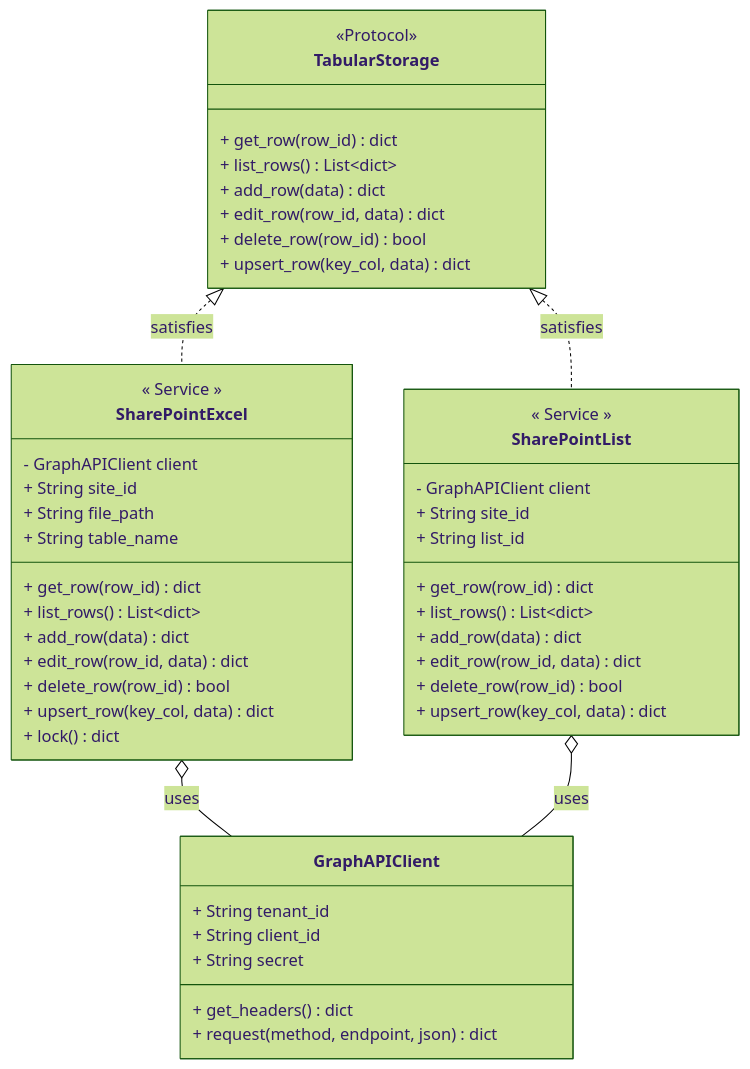
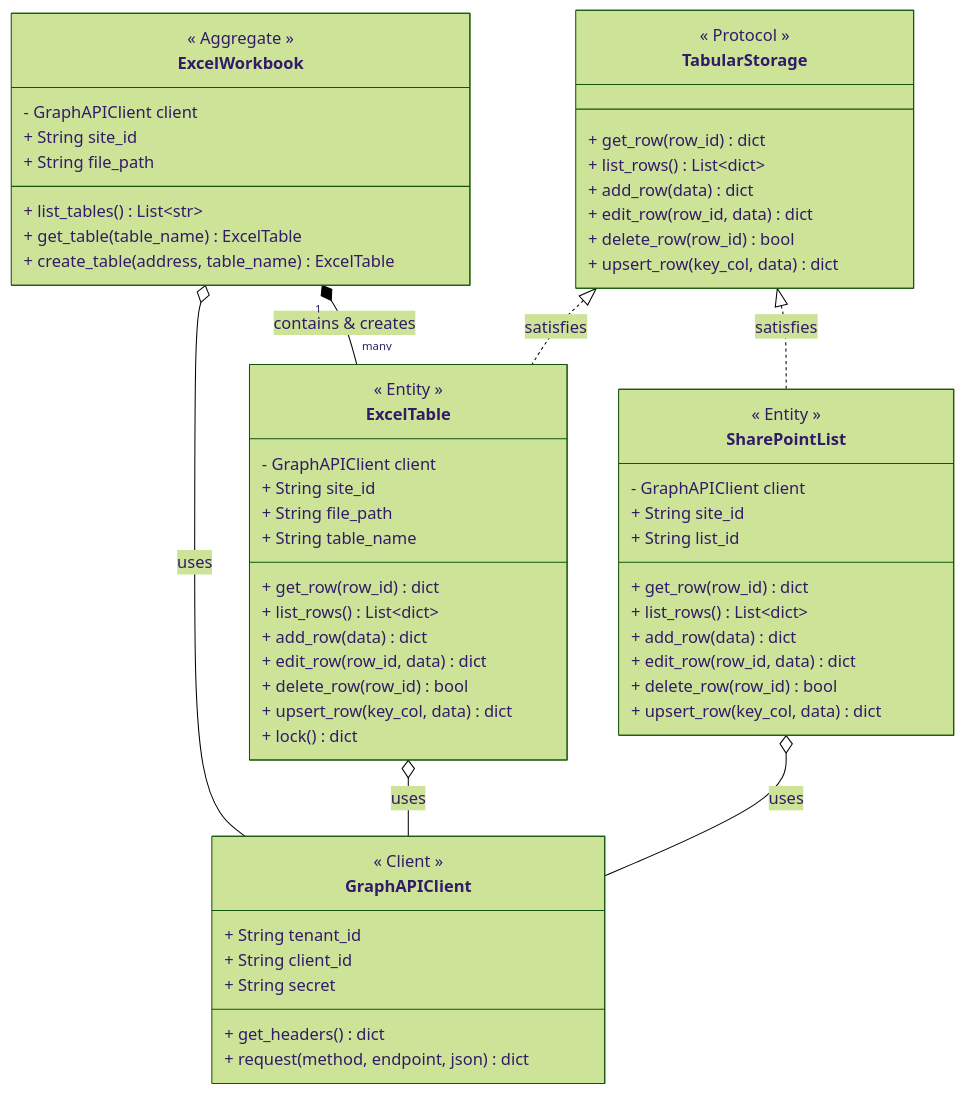
Before and after one commit to CityOfPhiladelphia/espy: the diagram in diagrams/SharePointList.md, drawn with Mermaid (forest theme). The commit also changed other lines of this file and 7 other files, not shown here.

````diff
--- a/diagrams/SharePointList.md
+++ b/diagrams/SharePointList.md
@@ -5,58 +5,71 @@
 ```mermaid
 
 classDiagram
 
     class GraphAPIClient {
+        << Client >>
         + String tenant_id
         + String client_id
         + String secret
         + get_headers() dict
         + request(method, endpoint, json) dict
     }
 
     class TabularStorage {
-        <<Protocol>>
+        << Protocol >>
         + get_row(row_id) dict
         + list_rows() List~dict~
         + add_row(data) dict
         + edit_row(row_id, data) dict
         + delete_row(row_id) bool
         + upsert_row(key_col, data) dict
     }
 
-        class SharePointExcel {
-        << Service >>
+    class ExcelWorkbook {
+        << Aggregate >>
+        - GraphAPIClient client
+        + String site_id
+        + String file_path
+        + list_tables() List~str~
+        + get_table(table_name) ExcelTable
+        + create_table(address, table_name) ExcelTable
+    }
+
+    class ExcelTable {
+        << Entity >>
         - GraphAPIClient client
         + String site_id
         + String file_path
         + String table_name
         + get_row(row_id) dict
         + list_rows() List~dict~
         + add_row(data) dict
         + edit_row(row_id, data) dict
         + delete_row(row_id) bool
         + upsert_row(key_col, data) dict
         + lock() dict
     }
 
     class SharePointList {
-        << Service >>
+        << Entity >>
         - GraphAPIClient client
         + String site_id
         + String list_id
         + get_row(row_id) dict
         + list_rows() List~dict~
         + add_row(data) dict
         + edit_row(row_id, data) dict
         + delete_row(row_id) bool
         + upsert_row(key_col, data) dict
     }
 
-    %% Excel and List objects implement methods
-    TabularStorage <|.. SharePointExcel : satisfies
+    %% TabularStorage implementations
+    TabularStorage <|.. ExcelTable : satisfies
     TabularStorage <|.. SharePointList : satisfies
 
-    %% Excel and List objects have a GraphAPIConnection
-    SharePointExcel o-- GraphAPIClient : uses
+    %% Composition / Dependencies
+    ExcelWorkbook o-- GraphAPIClient : uses
+    ExcelWorkbook "1" *-- "many" ExcelTable : contains & creates
+    ExcelTable o-- GraphAPIClient : uses
     SharePointList o-- GraphAPIClient : uses
 ```
````
